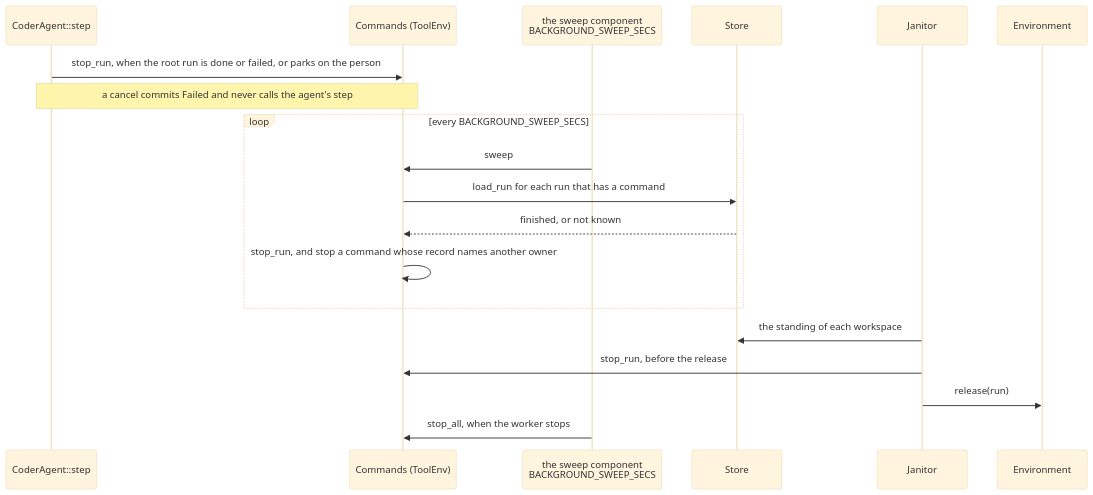
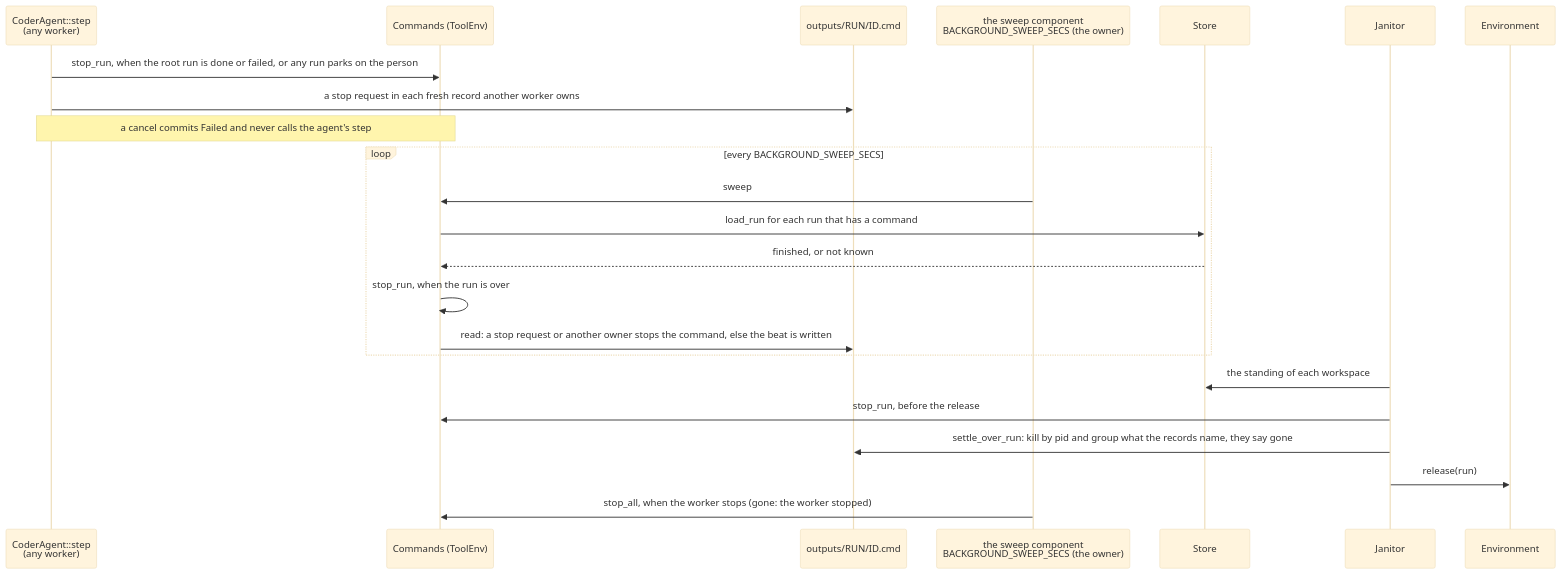
Diagram 24 of 25 in docs/architecture.md (vymalo/another-adam-rs), drawn with Mermaid (base theme) before and after one commit. The commit also changed other lines of this file and 6 other files, not shown here.

First line of the commit message:
docs(coder): background commands with several workers, the true reason, git and the stops

````diff
--- a/docs/architecture.md
+++ b/docs/architecture.md
@@ -1218,21 +1221,25 @@
 ```mermaid
 sequenceDiagram
-    participant A as CoderAgent::step
+    participant A as CoderAgent::step<br/>(any worker)
     participant C as Commands (ToolEnv)
-    participant W as the sweep component<br/>BACKGROUND_SWEEP_SECS
+    participant R as outputs/RUN/ID.cmd
+    participant W as the sweep component<br/>BACKGROUND_SWEEP_SECS (the owner)
     participant S as Store
     participant J as Janitor
     participant E as Environment
-    A->>C: stop_run, when the root run is done or failed, or parks on the person
+    A->>C: stop_run, when the root run is done or failed, or any run parks on the person
+    A->>R: a stop request in each fresh record another worker owns
     Note over A,C: a cancel commits Failed and never calls the agent's step
     loop every BACKGROUND_SWEEP_SECS
         W->>C: sweep
         C->>S: load_run for each run that has a command
         S-->>C: finished, or not known
-        C->>C: stop_run, and stop a command whose record names another owner
+        C->>C: stop_run, when the run is over
+        C->>R: read: a stop request or another owner stops the command, else the beat is written
     end
     J->>S: the standing of each workspace
     J->>C: stop_run, before the release
+    J->>R: settle_over_run: kill by pid and group what the records name, they say gone
     J->>E: release(run)
-    W->>C: stop_all, when the worker stops
+    W->>C: stop_all, when the worker stops (gone: the worker stopped)
 ```
````
